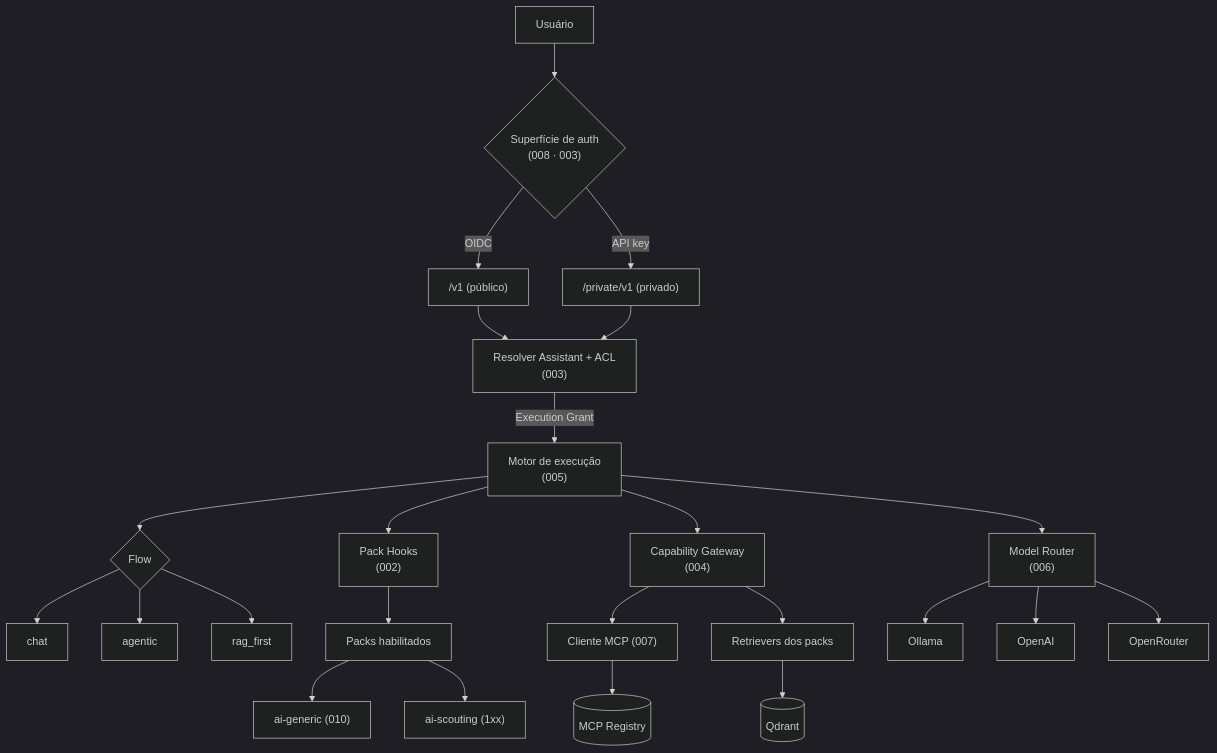
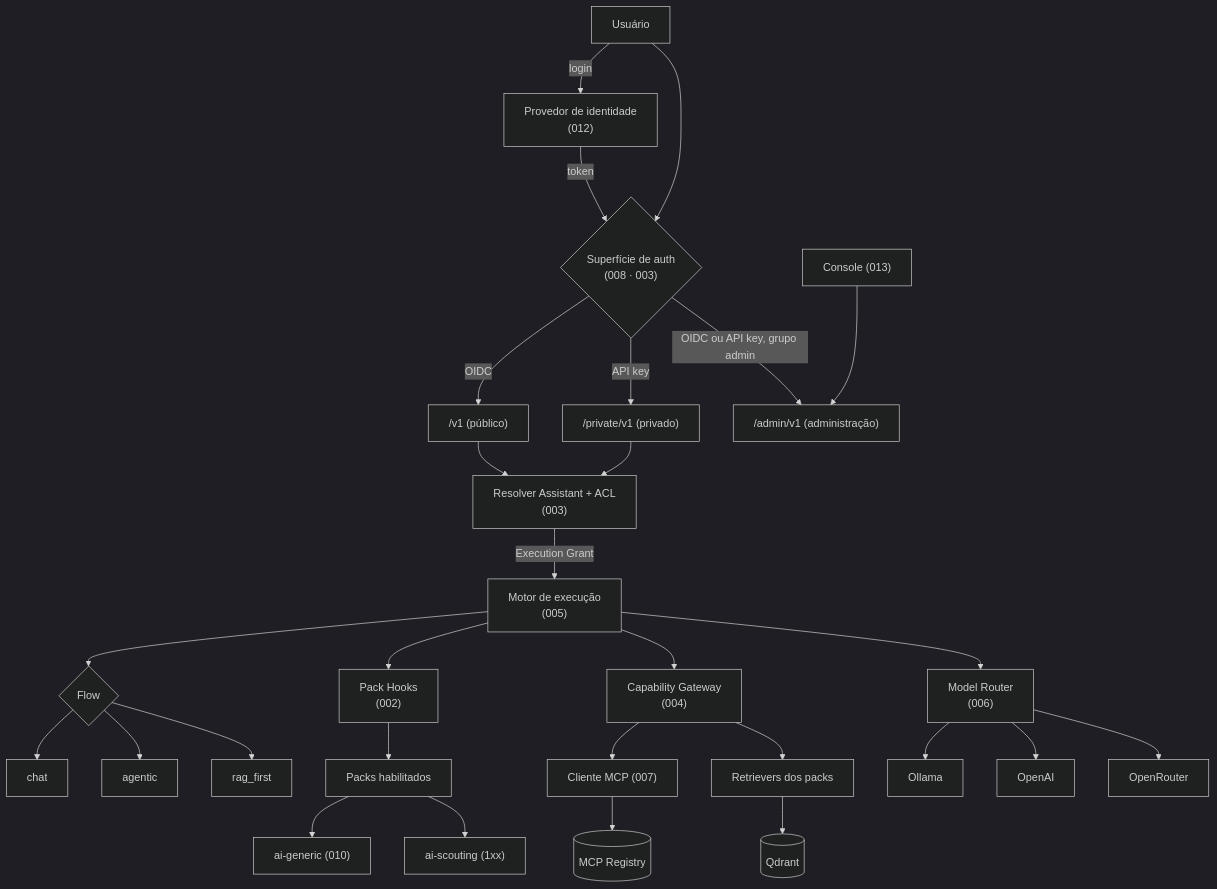
The first of 4 diagrams in specs/README.md (CaioFerreiraB/axon), drawn with Mermaid (dark theme) before and after one commit. The commit also changed other lines of this file and 80 other files, not shown here.

First line of the commit message:
docs: especificação da Fase 9 — console de administração e identidade própria

````diff
--- a/specs/README.md
+++ b/specs/README.md
@@ -24,32 +24,36 @@
 ```mermaid
 flowchart TB
-    USER[Usuário] --> SURF{"Superfície de auth<br/>(008 · 003)"}
+    USER[Usuário] -->|login| IDP["Provedor de identidade<br/>(012)"]
+    IDP -->|token| SURF
+    USER --> SURF{"Superfície de auth<br/>(008 · 003)"}
     SURF -->|OIDC| PUB["/v1 (público)"]
     SURF -->|API key| PRIV["/private/v1 (privado)"]
+    SURF -->|OIDC ou API key, grupo admin| ADM["/admin/v1 (administração)"]
+    CONSOLE["Console (013)"] --> ADM
 
     PUB --> RESOLVE["Resolver Assistant + ACL<br/>(003)"]
     PRIV --> RESOLVE
 
     RESOLVE -->|Execution Grant| RUNTIME["Motor de execução<br/>(005)"]
 
     RUNTIME --> FLOW{Flow}
     FLOW --> F1[chat]
     FLOW --> F2[agentic]
     FLOW --> F3[rag_first]
 
     RUNTIME --> HOOKS["Pack Hooks<br/>(002)"]
     HOOKS --> PACKS[Packs habilitados]
     PACKS --> P1["ai-generic (010)"]
     PACKS --> P2["ai-scouting (1xx)"]
 
     RUNTIME --> GW["Capability Gateway<br/>(004)"]
     GW --> MCPC["Cliente MCP (007)"]
     GW --> RET[Retrievers dos packs]
     MCPC --> REG[(MCP Registry)]
     RET --> QD[(Qdrant)]
 
     RUNTIME --> ROUTER["Model Router<br/>(006)"]
     ROUTER --> OLL[Ollama]
     ROUTER --> OAI[OpenAI]
     ROUTER --> ORT[OpenRouter]
 ```
````
